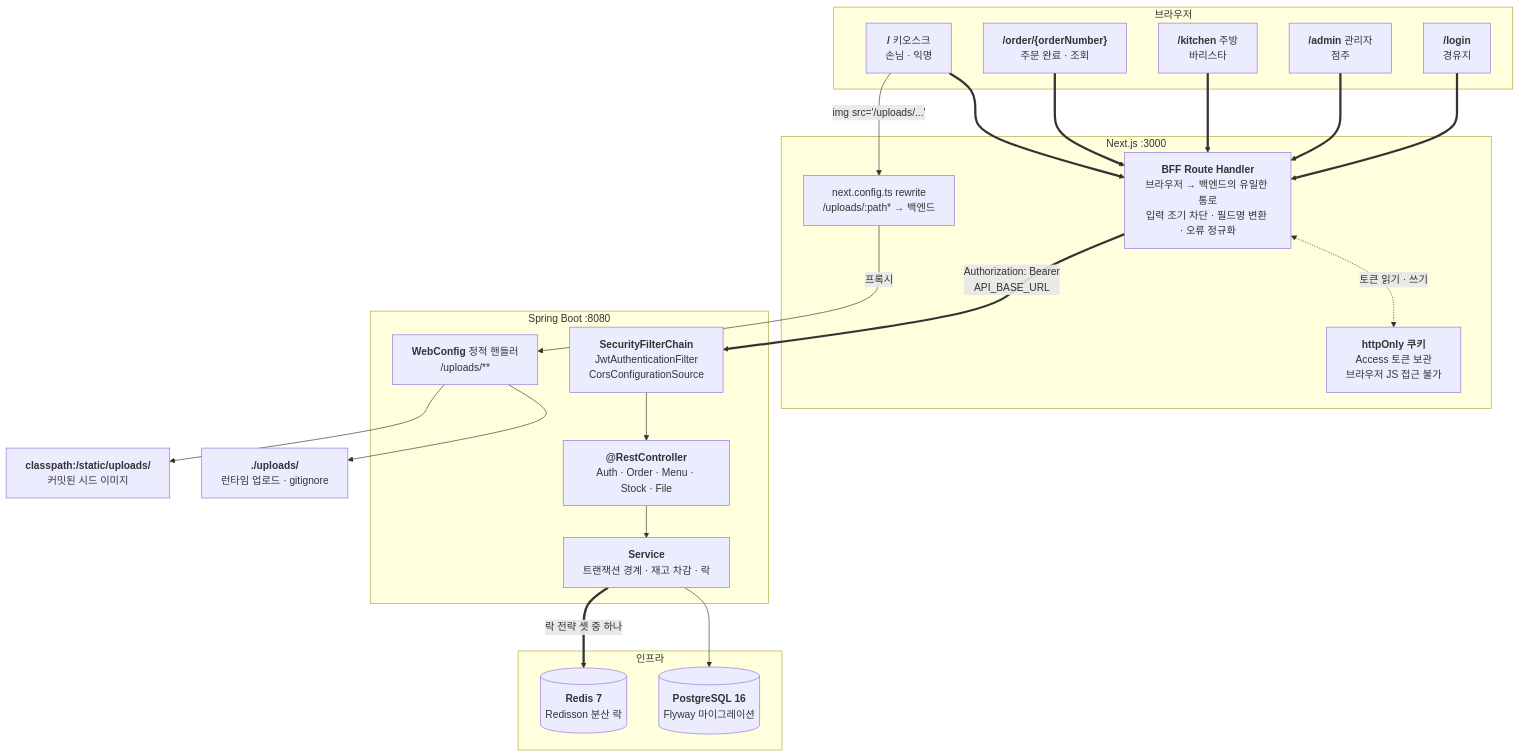
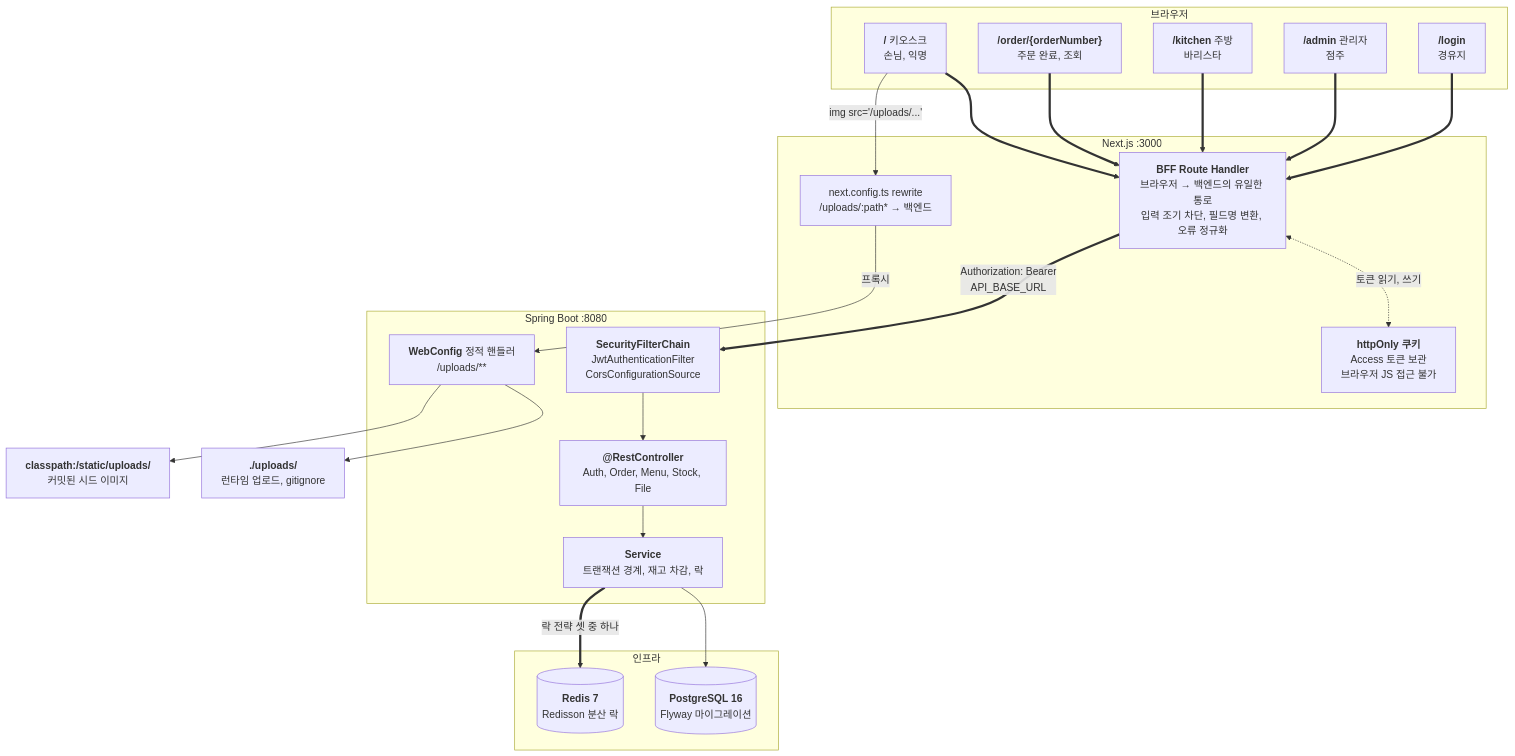
The second of 8 diagrams in docs/design/architecture.md (hhyukk/cafe-kiosk), drawn with Mermaid before and after one commit. The commit also changed other lines of this file and 12 other files, not shown here.

````diff
--- a/docs/design/architecture.md
+++ b/docs/design/architecture.md
@@ -60,49 +60,49 @@
 ```mermaid
 flowchart TD
     subgraph BROWSER["브라우저"]
-        K["<b>/</b> 키오스크<br/>손님 · 익명"]
-        ORD["<b>/order/{orderNumber}</b><br/>주문 완료 · 조회"]
+        K["<b>/</b> 키오스크<br/>손님, 익명"]
+        ORD["<b>/order/{orderNumber}</b><br/>주문 완료, 조회"]
         KIT["<b>/kitchen</b> 주방<br/>바리스타"]
         ADM["<b>/admin</b> 관리자<br/>점주"]
         LOG["<b>/login</b><br/>경유지"]
     end
 
     subgraph NEXT["Next.js :3000"]
-        BFF["<b>BFF Route Handler</b><br/>브라우저 → 백엔드의 유일한 통로<br/>입력 조기 차단 · 필드명 변환 · 오류 정규화"]
+        BFF["<b>BFF Route Handler</b><br/>브라우저 → 백엔드의 유일한 통로<br/>입력 조기 차단, 필드명 변환, 오류 정규화"]
         CK["<b>httpOnly 쿠키</b><br/>Access 토큰 보관<br/>브라우저 JS 접근 불가"]
         RW["next.config.ts rewrite<br/>/uploads/:path* → 백엔드"]
     end
 
     subgraph BOOT["Spring Boot :8080"]
         SFC["<b>SecurityFilterChain</b><br/>JwtAuthenticationFilter<br/>CorsConfigurationSource"]
-        API["<b>@RestController</b><br/>Auth · Order · Menu · Stock · File"]
-        SVC["<b>Service</b><br/>트랜잭션 경계 · 재고 차감 · 락"]
+        API["<b>@RestController</b><br/>Auth, Order, Menu, Stock, File"]
+        SVC["<b>Service</b><br/>트랜잭션 경계, 재고 차감, 락"]
         STATIC["<b>WebConfig</b> 정적 핸들러<br/>/uploads/**"]
     end
 
     subgraph INFRA["인프라"]
         PG[("<b>PostgreSQL 16</b><br/>Flyway 마이그레이션")]
         RD[("<b>Redis 7</b><br/>Redisson 분산 락")]
     end
 
-    FS["<b>./uploads/</b><br/>런타임 업로드 · gitignore"]
+    FS["<b>./uploads/</b><br/>런타임 업로드, gitignore"]
     CP["<b>classpath:/static/uploads/</b><br/>커밋된 시드 이미지"]
 
     K ==> BFF
     ORD ==> BFF
     KIT ==> BFF
     ADM ==> BFF
     LOG ==> BFF
 
-    BFF <-.->|"토큰 읽기 · 쓰기"| CK
+    BFF <-.->|"토큰 읽기, 쓰기"| CK
     BFF ==>|"Authorization: Bearer<br/>API_BASE_URL"| SFC
     SFC --> API --> SVC
 
     K -->|"img src='/uploads/...'"| RW
     RW -->|"프록시"| STATIC
 
     SVC --> PG
     SVC ==>|"락 전략 셋 중 하나"| RD
     STATIC --> FS
     STATIC --> CP
 ```
````
